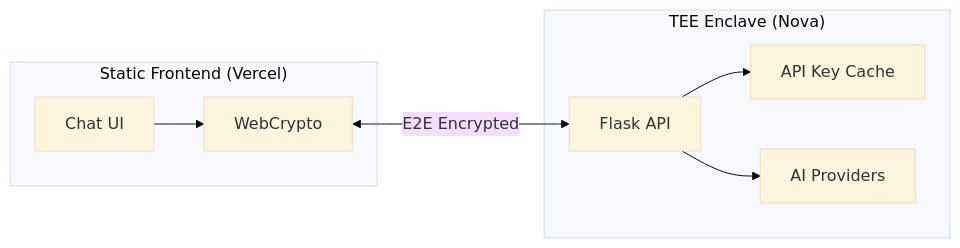
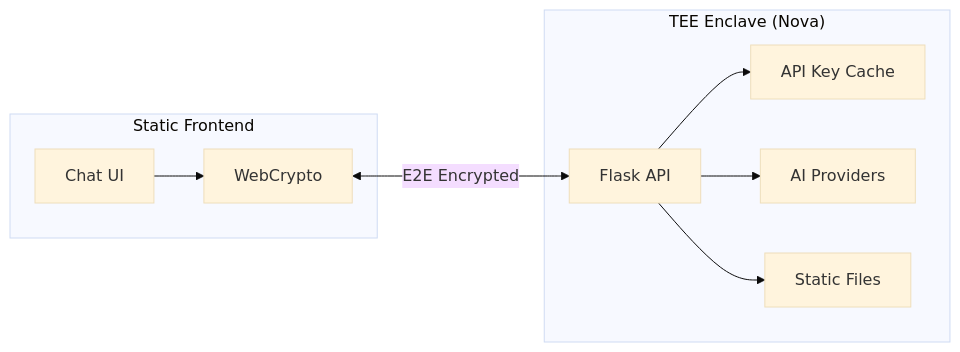
The first of 2 diagrams in secured-chat-bot/README.md (sparsity-xyz/sparsity-nova-examples), drawn with Mermaid (base theme) before and after one commit. The commit also changed other lines of this file, not shown here.

Commit message:
serve static frontend page from enclave

````diff
--- a/secured-chat-bot/README.md
+++ b/secured-chat-bot/README.md
@@ -7,13 +7,14 @@
 ```mermaid
 flowchart LR
-    subgraph Frontend["Static Frontend (Vercel)"]
+    subgraph Frontend["Static Frontend"]
         UI[Chat UI] --> Crypto[WebCrypto]
     end
     
     subgraph Enclave["TEE Enclave (Nova)"]
         API[Flask API] --> Cache[API Key Cache]
         API --> AI[AI Providers]
+        API --> Static[Static Files]
     end
     
     Crypto <-->|"E2E Encrypted"| API
 ```
````
